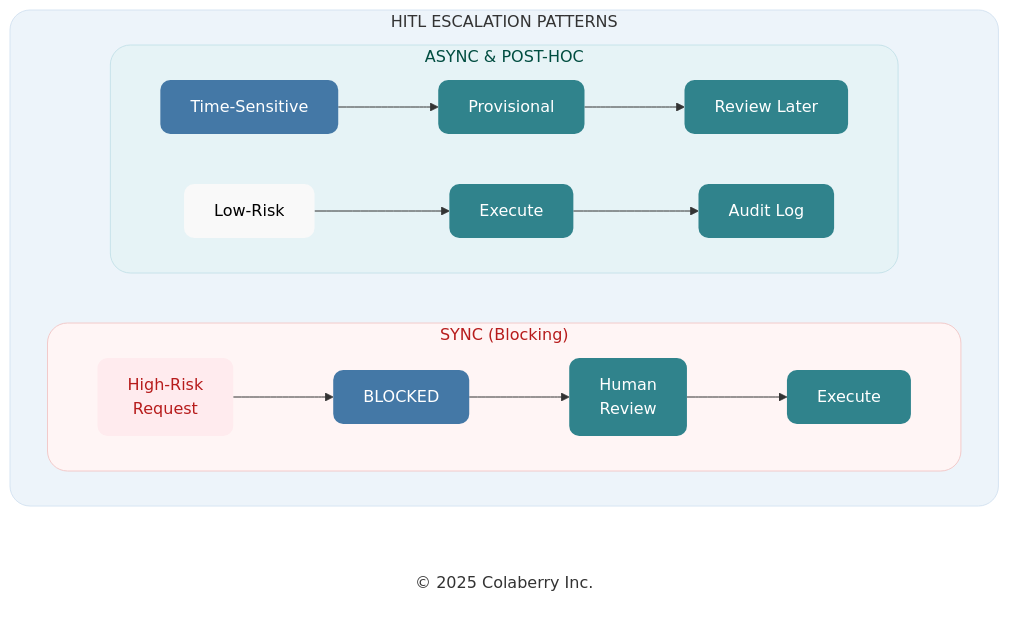
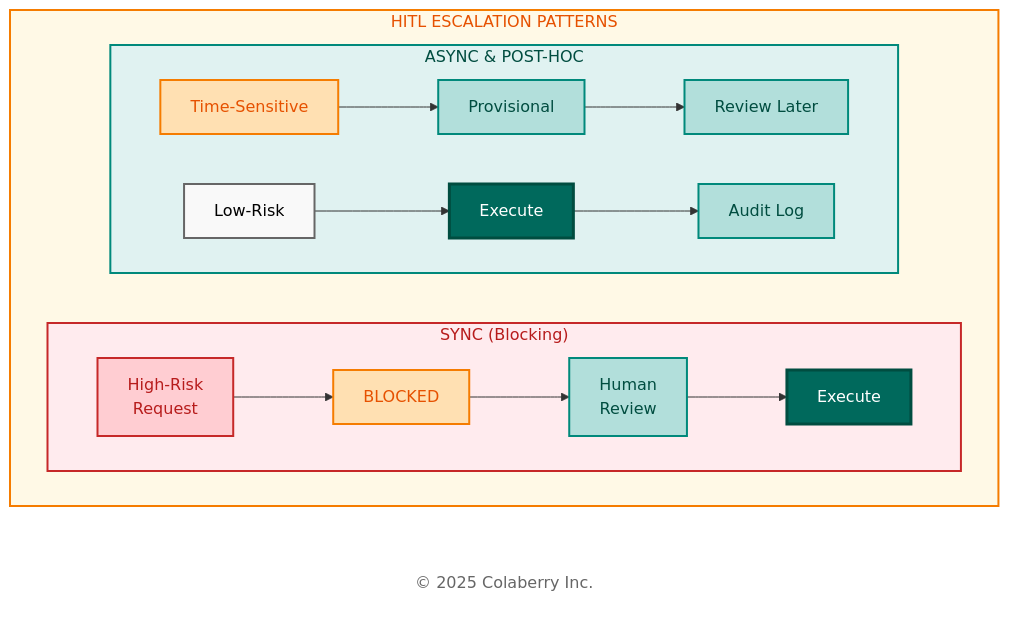
The sixth of 14 diagrams in manuscript/07_chapter_6_transparency_orchestration_layers.md (saitejesh-cyber/trust-before-intelligence-book), drawn with Mermaid before and after one commit. The commit also changed other lines of this file and 12 other files, not shown here.

Commit message:
Restore legacy Mermaid styles for Option 1

````diff
--- a/manuscript/07_chapter_6_transparency_orchestration_layers.md
+++ b/manuscript/07_chapter_6_transparency_orchestration_layers.md
@@ -480,35 +476,35 @@
 ```mermaid
 
 graph LR
     subgraph HITL["HITL ESCALATION PATTERNS"]
         direction LR
         subgraph SYNC["SYNC (Blocking)"]
             direction LR
             S1["High-Risk<br/>Request"] --> S2["BLOCKED"] --> S3["Human<br/>Review"] --> S4["Execute"]
         end
         
         subgraph ASYNC["ASYNC & POST-HOC"]
             direction LR
             A1["Time-Sensitive"] --> A2["Provisional"] --> A3["Review Later"]
             P1["Low-Risk"] --> P2["Execute"] --> P3["Audit Log"]
         end
     end
     
     Copyright["© 2025 Colaberry Inc."]
     
-    style HITL fill:#edf4fa,stroke:#d6e4f2,stroke-width:1px,color:#333333,rx:20,ry:20
-    style SYNC fill:#fff5f5,stroke:#f2caca,stroke-width:1px,color:#b71c1c,rx:20,ry:20
-    style ASYNC fill:#e6f3f6,stroke:#c7e3ea,stroke-width:1px,color:#004d40,rx:20,ry:20
-    style S1 fill:#ffebee,stroke:none,color:#b71c1c,rx:10,ry:10
-    style S2 fill:#4478A6,stroke:none,color:#ffffff,rx:10,ry:10
-    style S3 fill:#30838C,stroke:none,color:#ffffff,rx:10,ry:10
-    style S4 fill:#30838C,stroke:none,color:#ffffff,rx:10,ry:10
-    style A1 fill:#4478A6,stroke:none,color:#ffffff,rx:10,ry:10
-    style A2 fill:#30838C,stroke:none,color:#ffffff,rx:10,ry:10
-    style A3 fill:#30838C,stroke:none,color:#ffffff,rx:10,ry:10
-    style P1 fill:#f9f9f9,stroke:none,color:#000000,rx:10,ry:10
-    style P2 fill:#30838C,stroke:none,color:#ffffff,rx:10,ry:10
-    style P3 fill:#30838C,stroke:none,color:#ffffff,rx:10,ry:10
-    style Copyright fill:none,stroke:none,color:#333333
+    style HITL fill:#fff9e6,stroke:#f57c00,stroke-width:2px,color:#e65100
+    style SYNC fill:#ffebee,stroke:#c62828,stroke-width:2px,color:#b71c1c
+    style ASYNC fill:#e0f2f1,stroke:#00897b,stroke-width:2px,color:#004d40
+    style S1 fill:#ffcdd2,stroke:#c62828,stroke-width:2px,color:#b71c1c
+    style S2 fill:#ffe0b2,stroke:#f57c00,stroke-width:2px,color:#e65100
+    style S3 fill:#b2dfdb,stroke:#00897b,stroke-width:2px,color:#004d40
+    style S4 fill:#00695c,color:#ffffff,stroke:#004d40,stroke-width:3px
+    style A1 fill:#ffe0b2,stroke:#f57c00,stroke-width:2px,color:#e65100
+    style A2 fill:#b2dfdb,stroke:#00897b,stroke-width:2px,color:#004d40
+    style A3 fill:#b2dfdb,stroke:#00897b,stroke-width:2px,color:#004d40
+    style P1 fill:#f9f9f9,stroke:#666666,stroke-width:2px,color:#000000
+    style P2 fill:#00695c,color:#ffffff,stroke:#004d40,stroke-width:3px
+    style P3 fill:#b2dfdb,stroke:#00897b,stroke-width:2px,color:#004d40
+    style Copyright fill:#ffffff,stroke:none,color:#666666
 
 ```
````
